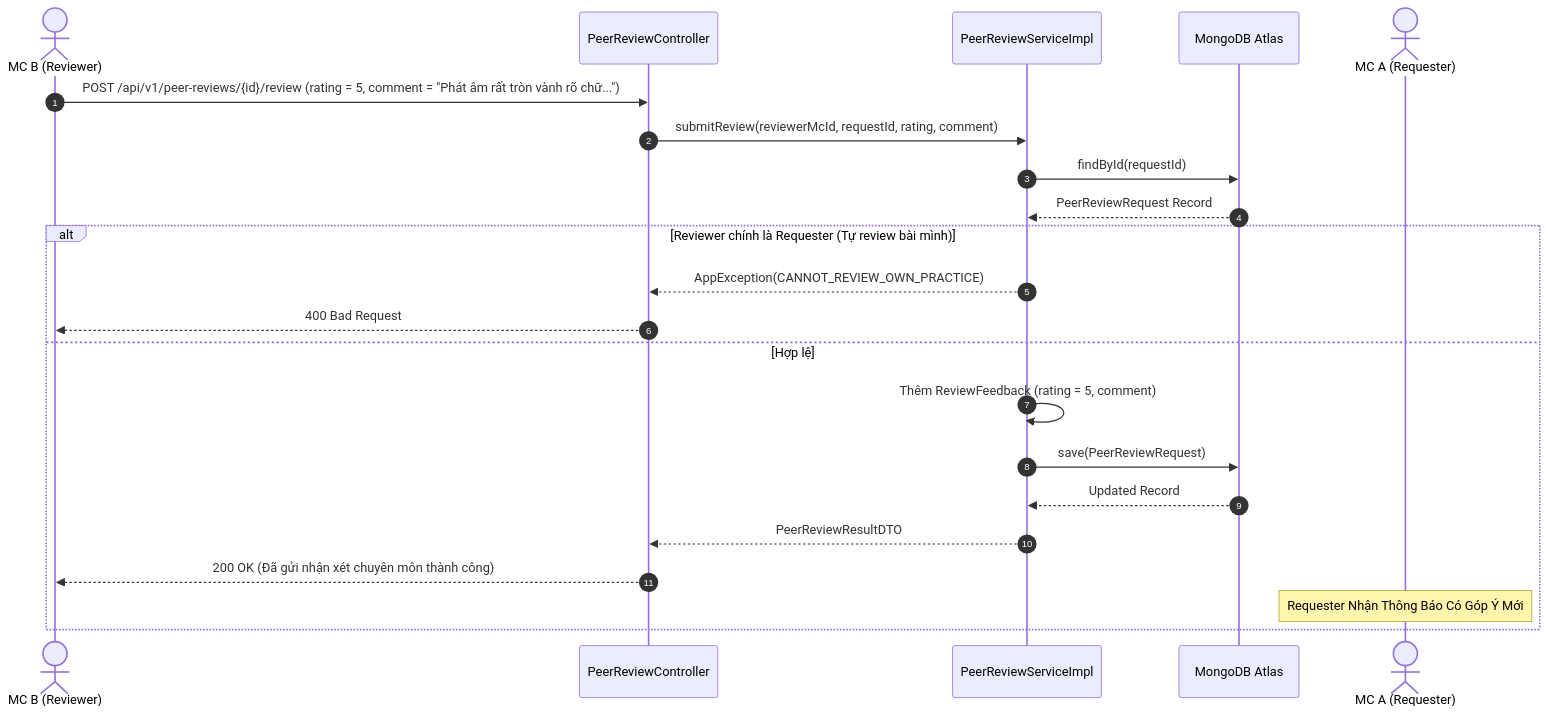
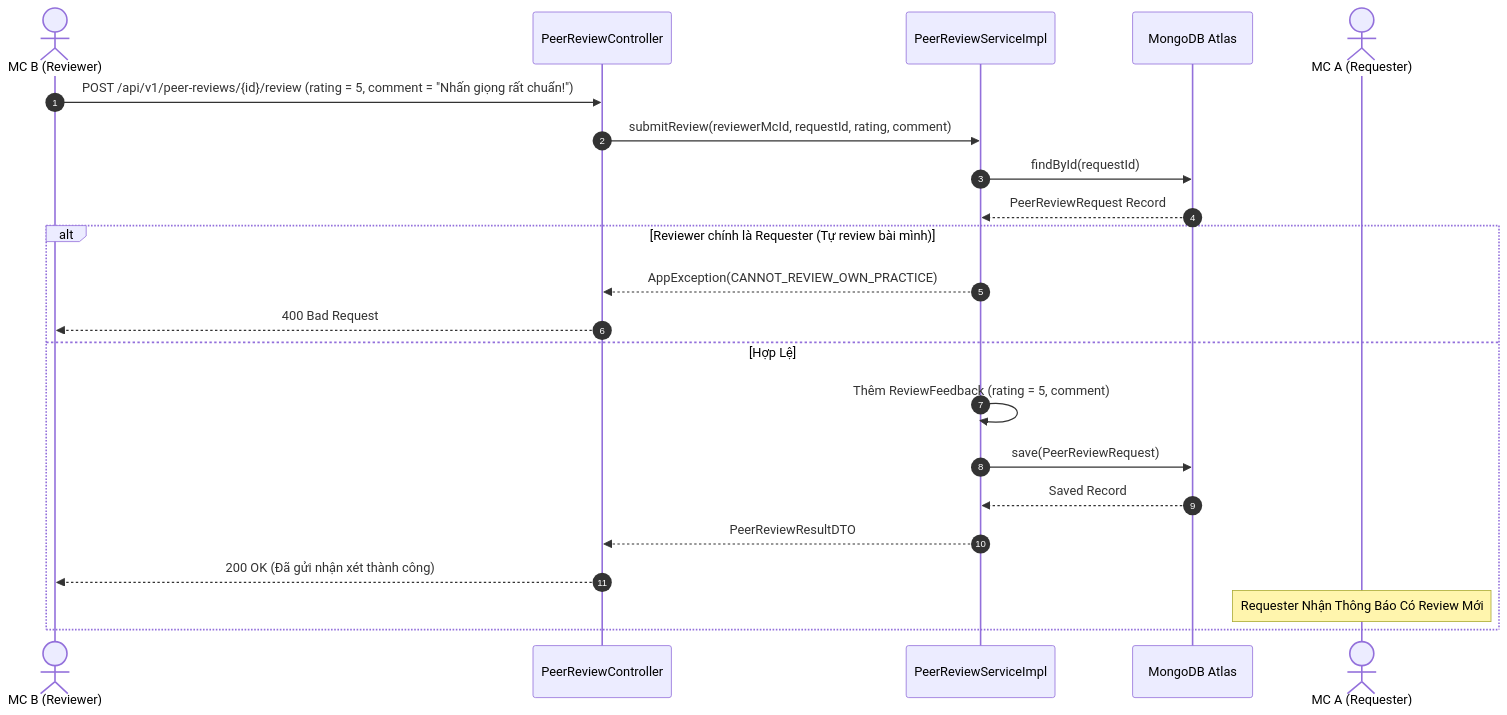
Before and after one commit to The-MC-Hub/MC_Voice_Training_Backend: the sixth of 10 diagrams in docs/use-cases/UC-13-peer-review.md, drawn with Mermaid. The commit also changed other lines of this file and 12 other files, not shown here.

Commit message:
docs(use-cases): fully expand all sub-use-cases across all 13 UC files with dedicated Class Diagrams, Sequence Diagrams, and Unit Tests

````diff
--- a/docs/use-cases/UC-13-peer-review.md
+++ b/docs/use-cases/UC-13-peer-review.md
@@ -77,28 +119,27 @@
 ```mermaid
 sequenceDiagram
     autonumber
     actor Reviewer as MC B (Reviewer)
     participant Controller as PeerReviewController
     participant Service as PeerReviewServiceImpl
     participant DB as MongoDB Atlas
     actor Requester as MC A (Requester)
 
-    Reviewer->>Controller: POST /api/v1/peer-reviews/{id}/review (rating = 5, comment = "Phát âm rất tròn vành rõ chữ...")
+    Reviewer->>Controller: POST /api/v1/peer-reviews/{id}/review (rating = 5, comment = "Nhấn giọng rất chuẩn!")
     Controller->>Service: submitReview(reviewerMcId, requestId, rating, comment)
     Service->>DB: findById(requestId)
     DB-->>Service: PeerReviewRequest Record
     
     alt Reviewer chính là Requester (Tự review bài mình)
         Service-->>Controller: AppException(CANNOT_REVIEW_OWN_PRACTICE)
         Controller-->>Reviewer: 400 Bad Request
-    else Hợp lệ
+    else Hợp Lệ
         Service->>Service: Thêm ReviewFeedback (rating = 5, comment)
         Service->>DB: save(PeerReviewRequest)
-        DB-->>Service: Updated Record
+        DB-->>Service: Saved Record
         
         Service-->>Controller: PeerReviewResultDTO
-        Controller-->>Reviewer: 200 OK (Đã gửi nhận xét chuyên môn thành công)
-        
-        note over Requester: Requester Nhận Thông Báo Có Góp Ý Mới
+        Controller-->>Reviewer: 200 OK (Đã gửi nhận xét thành công)
+        note over Requester: Requester Nhận Thông Báo Có Review Mới
     end
 ```
````
